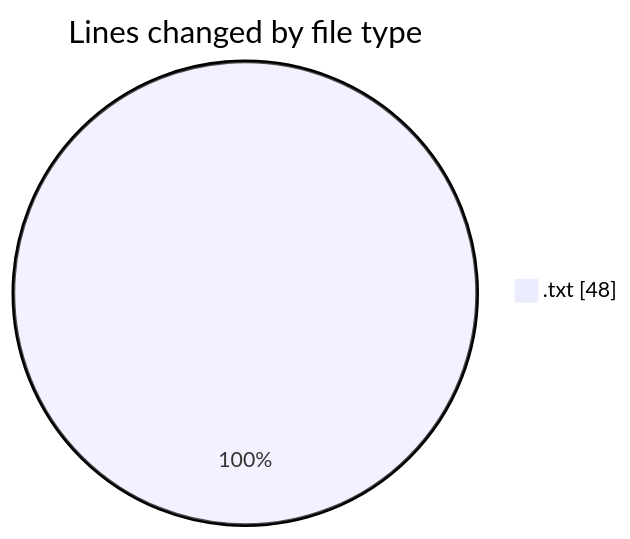
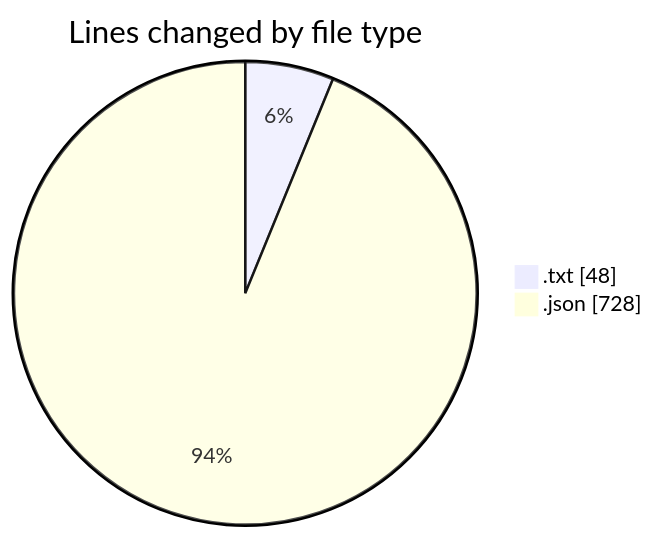
The first of 2 diagrams in 2025-04-30/myws__workspace_/README.md (MatusMokan/code-tracking), drawn with Mermaid before and after one commit. The commit also changed other lines of this file and 1 other file, not shown here.

````diff
--- a/2025-04-30/myws__workspace_/README.md
+++ b/2025-04-30/myws__workspace_/README.md
@@ -20,5 +21,6 @@
 ```mermaid
 pie showData
 title Lines changed by file type
 ".txt" : 48
+".json" : 728
 ```
````
